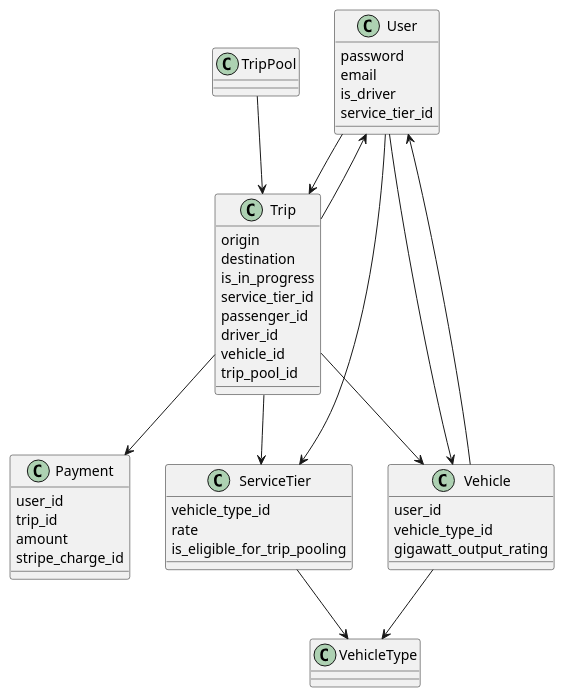
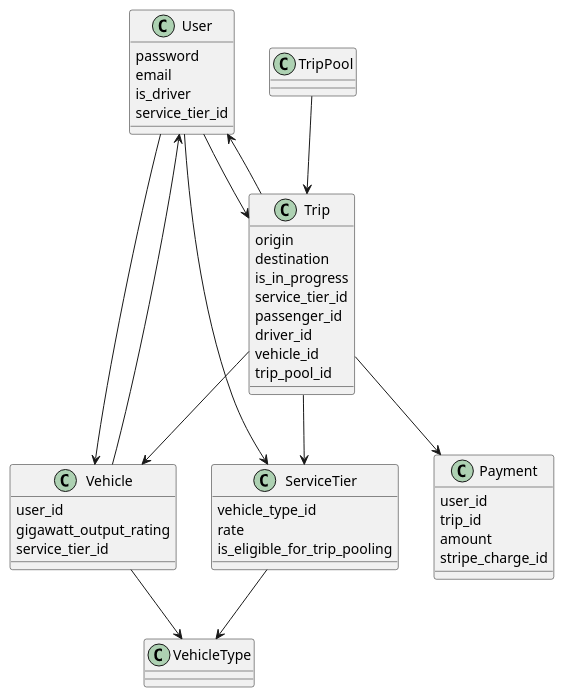
Before and after one commit to andrewhao/dddrail-talk: the diagram in diagrams/3-delorean-pool.plantuml, drawn with PlantUML. The commit also changed 7 other files, not shown here.

Commit message:
Normalize diagrams

```diff
--- a/diagrams/3-delorean-pool.plantuml
+++ b/diagrams/3-delorean-pool.plantuml
@@ -1,60 +1,60 @@
 @startuml
 skinparam shadowing false
 
 class User {
   password
   email
   is_driver
   service_tier_id
 }
 
 class Trip {
   origin
   destination
   is_in_progress
   service_tier_id
   passenger_id
   driver_id
   vehicle_id
   trip_pool_id
 }
 
+class Vehicle {
+  user_id
+  gigawatt_output_rating
+  service_tier_id
+}
+
 class Payment {
   user_id
   trip_id
   amount
   stripe_charge_id
-}
-
-class Vehicle {
-  user_id
-  vehicle_type_id
-  gigawatt_output_rating
 }
 
 class ServiceTier {
   vehicle_type_id
   rate
   is_eligible_for_trip_pooling
 }
 
 class VehicleType {
 }
 
 class TripPool {
 }
 
 User --> Trip
 Trip --> User
 Trip --> Payment
 Trip --> ServiceTier
 Trip --> Vehicle
 ServiceTier --> VehicleType
 Vehicle --> VehicleType
 Vehicle --> User
 User --> ServiceTier
 TripPool --> Trip
 User --> Vehicle
 
 
 @enduml
```
